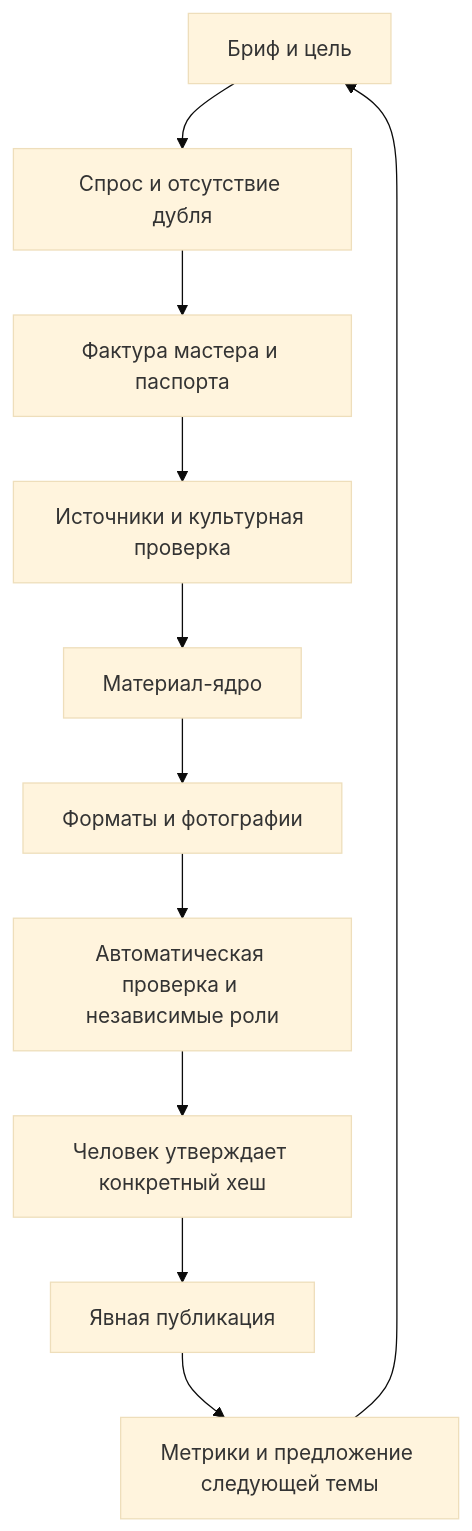
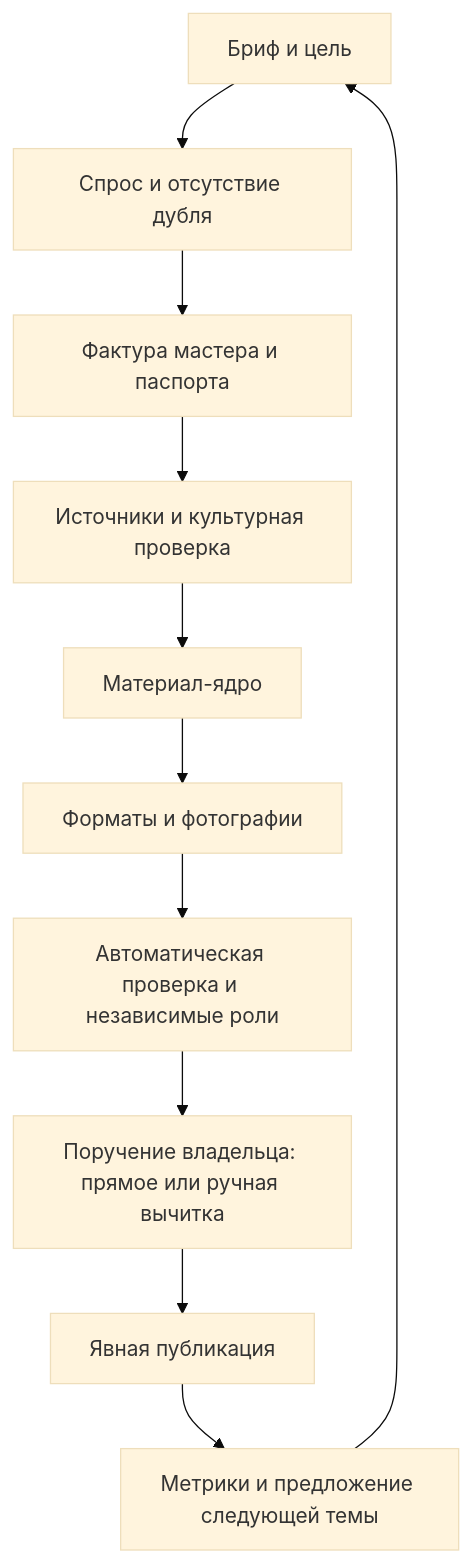
Before and after one commit to f2re/bamboo-seo-skill: the diagram in docs/WORKFLOW.md, drawn with Mermaid (base theme). The commit also changed other lines of this file and 48 other files, not shown here.

````diff
--- a/docs/WORKFLOW.md
+++ b/docs/WORKFLOW.md
@@ -6,13 +6,13 @@
 ```mermaid
 flowchart TD
   A[Бриф и цель] --> B[Спрос и отсутствие дубля]
   B --> C[Фактура мастера и паспорта]
   C --> D[Источники и культурная проверка]
   D --> E[Материал-ядро]
   E --> F[Форматы и фотографии]
   F --> G[Автоматическая проверка и независимые роли]
-  G --> H[Человек утверждает конкретный хеш]
+  G --> H[Поручение владельца: прямое или ручная вычитка]
   H --> I[Явная публикация]
   I --> J[Метрики и предложение следующей темы]
   J --> A
 ```
````
